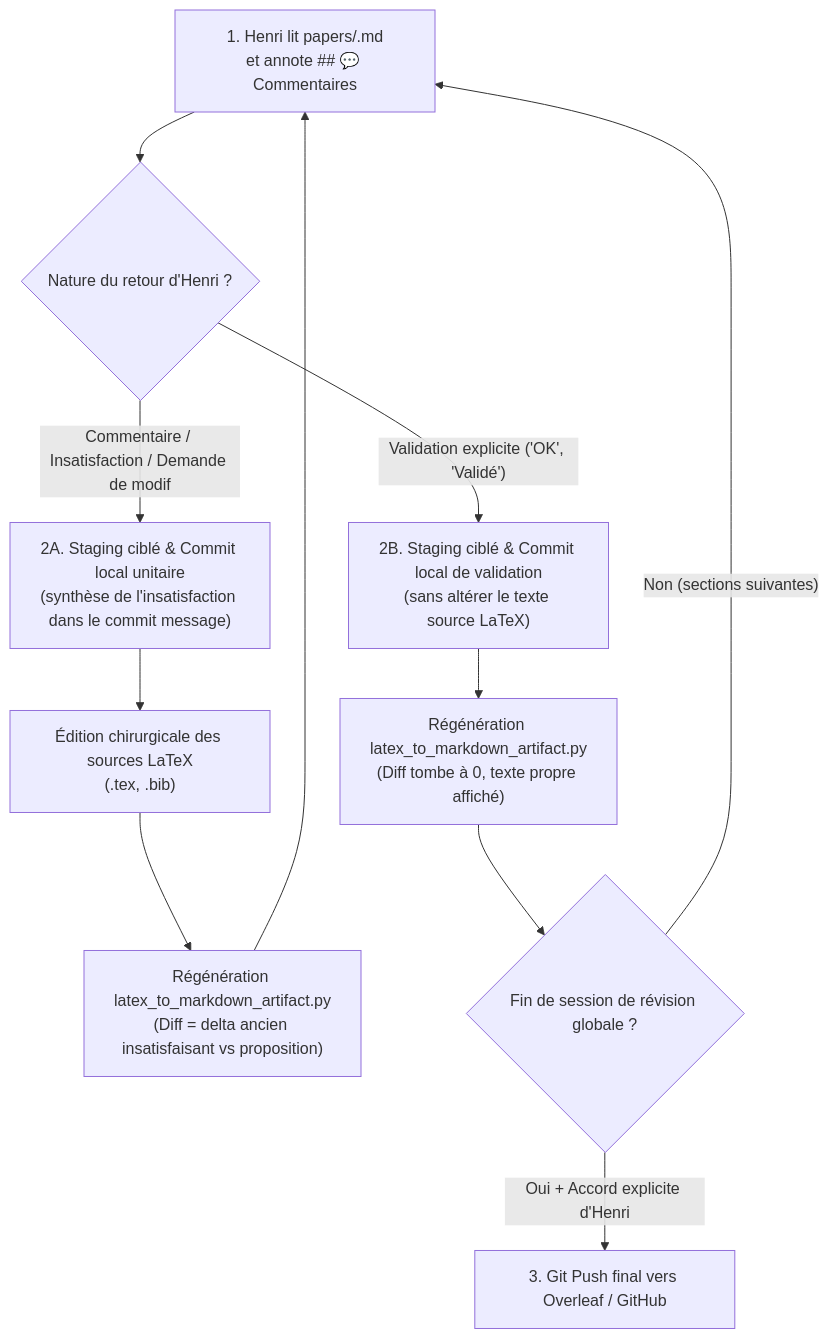
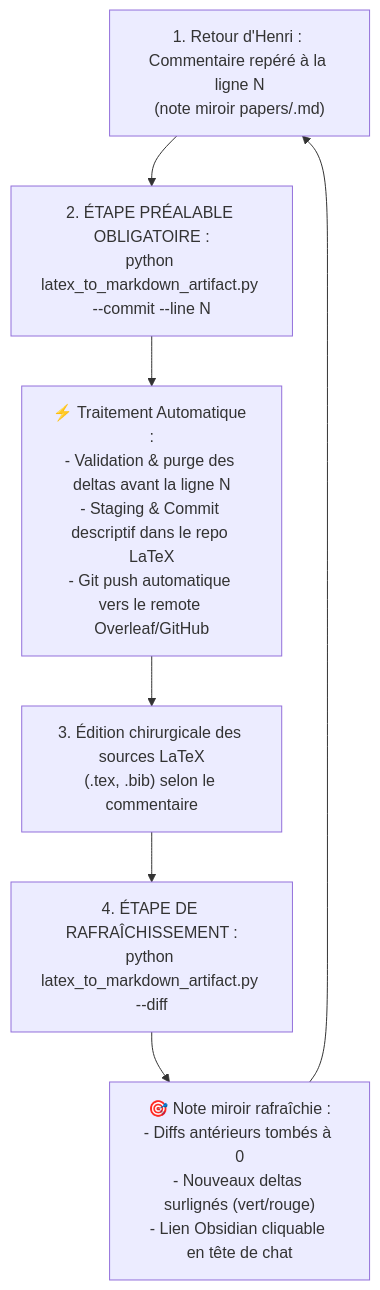
Before and after one commit to hjamet/cursor-memory-bank: the diagram in src/skills/paper-writing/SKILL.md, drawn with Mermaid. The commit also changed other lines of this file, not shown here.

Commit message:
docs(paper-writing): update --commit / --diff iteration cycle and Q/R headings

````diff
--- a/src/skills/paper-writing/SKILL.md
+++ b/src/skills/paper-writing/SKILL.md
@@ -68,13 +68,9 @@
 ```mermaid
 graph TD
-    A["1. Henri lit papers/<nom>.md<br/>et annote ## 💬 Commentaires"] --> B{"Nature du retour d'Henri ?"}
-    B -- "Commentaire / Insatisfaction / Demande de modif" --> C["2A. Staging ciblé & Commit local unitaire<br/>(synthèse de l'insatisfaction dans le commit message)"]
-    C --> D["Édition chirurgicale des sources LaTeX<br/>(.tex, .bib)"]
-    D --> E["Régénération latex_to_markdown_artifact.py<br/>(Diff = delta ancien insatisfaisant vs proposition)"]
-    E --> A
-    B -- "Validation explicite ('OK', 'Validé')" --> F["2B. Staging ciblé & Commit local de validation<br/>(sans altérer le texte source LaTeX)"]
-    F --> G["Régénération latex_to_markdown_artifact.py<br/>(Diff tombe à 0, texte propre affiché)"]
-    G --> H{"Fin de session de révision globale ?"}
-    H -- "Non (sections suivantes)" --> A
-    H -- "Oui + Accord explicite d'Henri" --> I["3. Git Push final vers Overleaf / GitHub"]
+    A["1. Retour d'Henri : Commentaire repéré à la ligne N<br/>(note miroir papers/<nom>.md)"] --> B["2. ÉTAPE PRÉALABLE OBLIGATOIRE :<br/>python latex_to_markdown_artifact.py --commit --line N"]
+    B --> C["⚡ Traitement Automatique :<br/>- Validation & purge des deltas avant la ligne N<br/>- Staging & Commit descriptif dans le repo LaTeX<br/>- Git push automatique vers le remote Overleaf/GitHub"]
+    C --> D["3. Édition chirurgicale des sources LaTeX<br/>(.tex, .bib) selon le commentaire"]
+    D --> E["4. ÉTAPE DE RAFRAÎCHISSEMENT :<br/>python latex_to_markdown_artifact.py --diff"]
+    E --> F["🎯 Note miroir rafraîchie :<br/>- Diffs antérieurs tombés à 0<br/>- Nouveaux deltas surlignés (vert/rouge)<br/>- Lien Obsidian cliquable en tête de chat"]
+    F --> A
 ```
````
